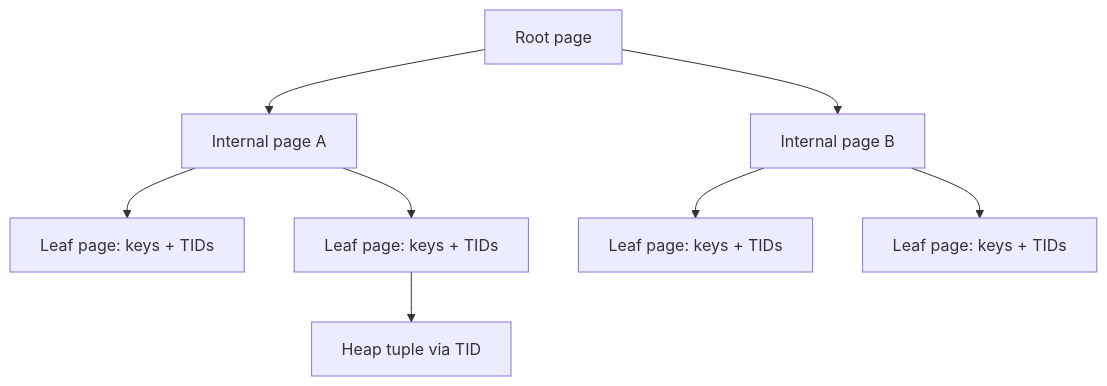
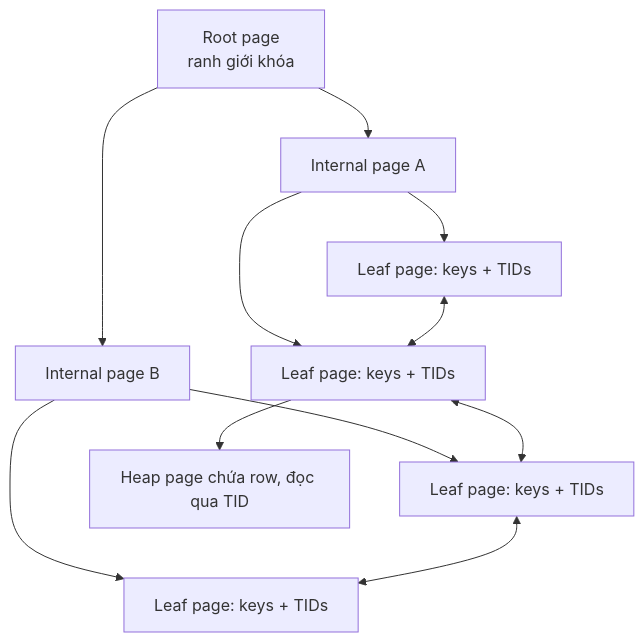
One commit to HuyNguyen-FinX/Try_Hard changed the first of 2 diagrams in python/knowledges/04-database-postgresql/index.md. Above: the diagram before and after it, drawn with Mermaid. The commit also changed other lines of this file and 139 other files, not shown here.

````diff
--- a/python/knowledges/04-database-postgresql/index.md
+++ b/python/knowledges/04-database-postgresql/index.md
@@ -148,10 +30,13 @@
 ```mermaid
 flowchart TD
-    Root["Root page"] --> I1["Internal page A"]
+    Root["Root page<br/>ranh giới khóa"] --> I1["Internal page A"]
     Root --> I2["Internal page B"]
     I1 --> L1["Leaf page: keys + TIDs"]
     I1 --> L2["Leaf page: keys + TIDs"]
     I2 --> L3["Leaf page: keys + TIDs"]
     I2 --> L4["Leaf page: keys + TIDs"]
-    L2 --> Heap["Heap tuple via TID"]
+    L1 <--> L2
+    L2 <--> L3
+    L3 <--> L4
+    L2 --> Heap["Heap page chứa row, đọc qua TID"]
 ```
````
